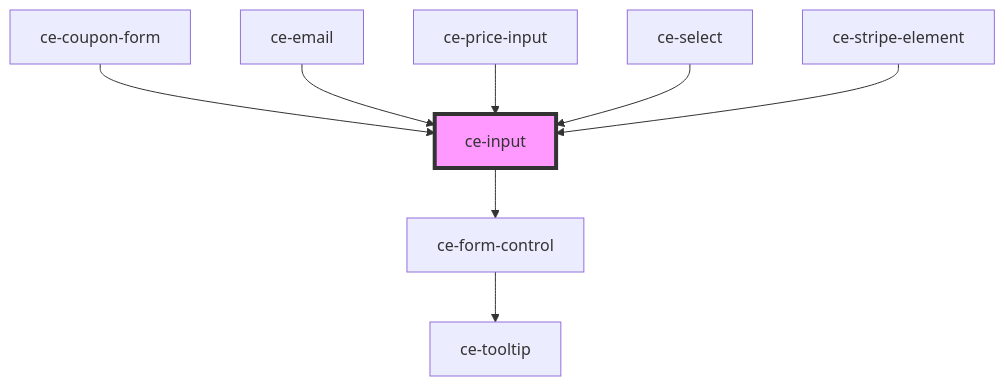
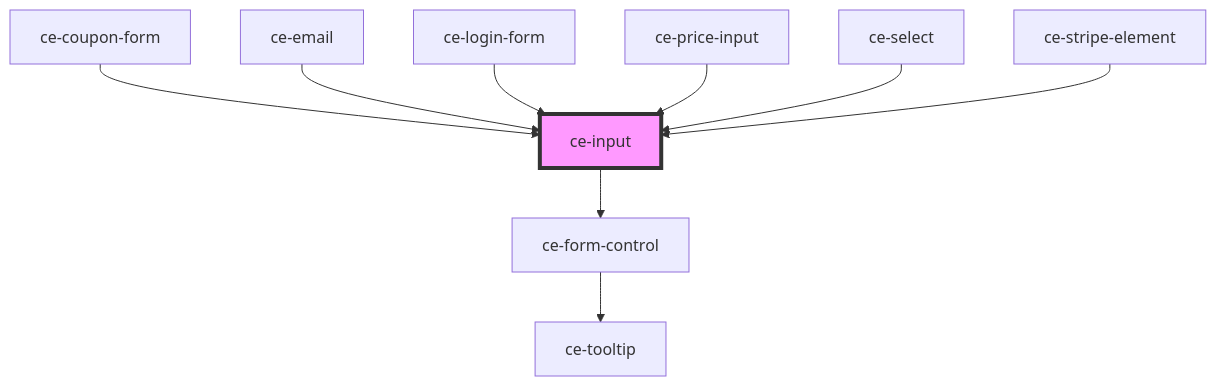
Before and after one commit to surecart/surecart-wp-plugin: the diagram in packages/components/src/components/ui/input/readme.md, drawn with Mermaid. The commit also changed other lines of this file and 41 other files, not shown here.

````diff
--- a/packages/components/src/components/ui/input/readme.md
+++ b/packages/components/src/components/ui/input/readme.md
@@ -128,11 +129,12 @@
 ```mermaid
 graph TD;
   ce-input --> ce-form-control
   ce-form-control --> ce-tooltip
   ce-coupon-form --> ce-input
   ce-email --> ce-input
+  ce-login-form --> ce-input
   ce-price-input --> ce-input
   ce-select --> ce-input
   ce-stripe-element --> ce-input
   style ce-input fill:#f9f,stroke:#333,stroke-width:4px
 ```
````
